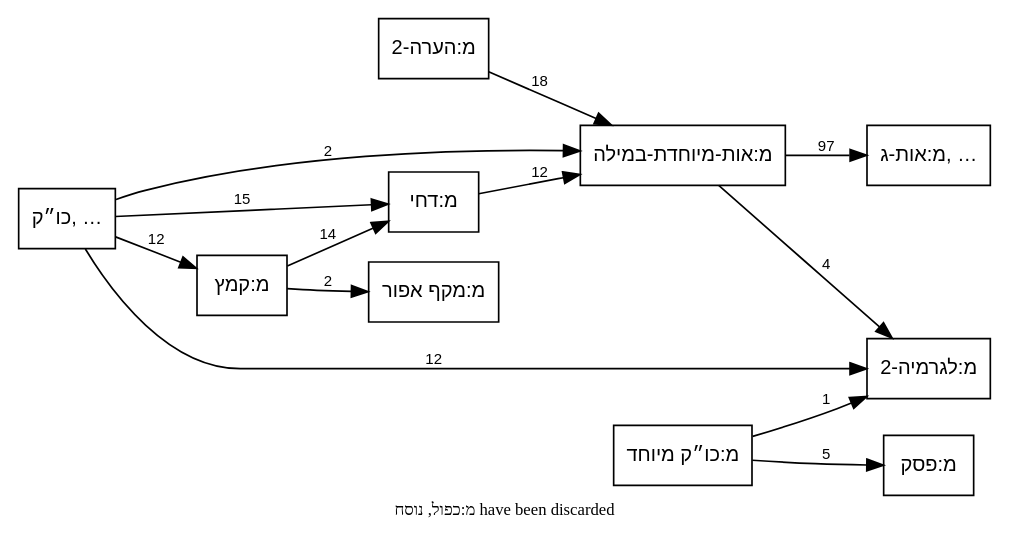
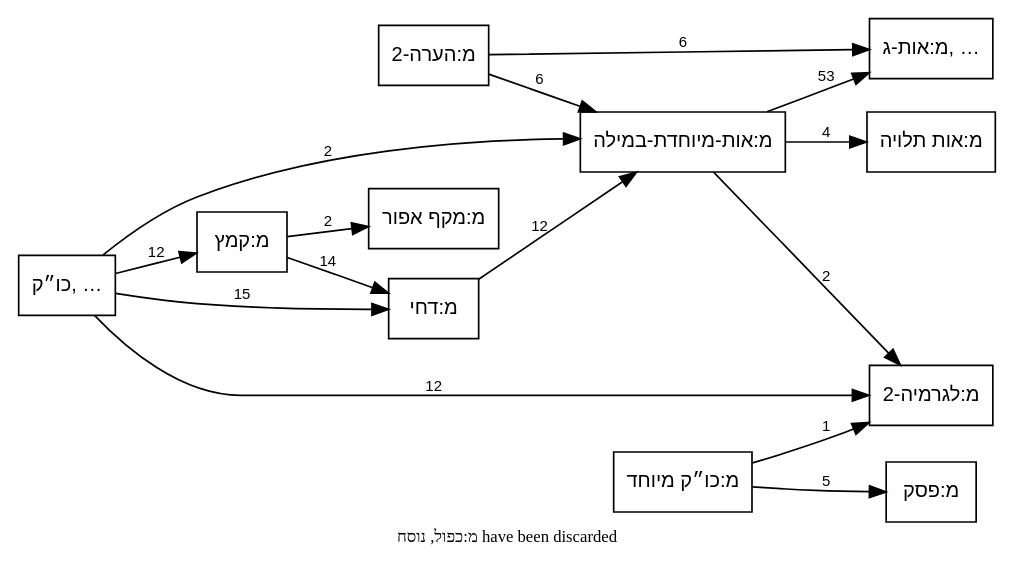
The diagram in out/tmpl-survey-plus/plus-call-graph-e.dot (bdenckla/MAM-basics), drawn with Graphviz before and after one commit. The commit also changed 76 other files, not shown here.

```diff
--- a/out/tmpl-survey-plus/plus-call-graph-e.dot
+++ b/out/tmpl-survey-plus/plus-call-graph-e.dot
@@ -1,34 +1,35 @@
 // This file was generated by MAM-basics/py/main_tmpl_survey.py.
 // Do not edit by hand.
 digraph template_call_graph {
     rankdir=LR;
     node [fontname="SBL Hebrew,Helvetica", fontsize=12];
     edge [fontname="Helvetica", fontsize=9];
     graph [comment="This file was generated by MAM-basics/py/main_tmpl_survey.py."];
 
     // Template nodes
     node [shape=box, style=""];
     "כו״ק, …" [tooltip="כו״ק
 מ:קו״כ-אם-2
 קו״כ"];
-    "מ:אות-ג, …" [tooltip="מ:אות תלויה
-מ:אות-ג
+    "מ:אות-ג, …" [tooltip="מ:אות-ג
 מ:אות-ק"];
 
     // Note
     graph [label="מ:כפול, נוסח have been discarded", labelloc=b, fontsize=10];
 
     // Edges
     "כו״ק, …" -> "מ:אות-מיוחדת-במילה" [label="2"];
     "כו״ק, …" -> "מ:דחי" [label="15"];
     "כו״ק, …" -> "מ:לגרמיה-2" [label="12"];
     "כו״ק, …" -> "מ:קמץ" [label="12"];
-    "מ:אות-מיוחדת-במילה" -> "מ:אות-ג, …" [label="97"];
-    "מ:אות-מיוחדת-במילה" -> "מ:לגרמיה-2" [label="4"];
+    "מ:אות-מיוחדת-במילה" -> "מ:אות תלויה" [label="4"];
+    "מ:אות-מיוחדת-במילה" -> "מ:אות-ג, …" [label="53"];
+    "מ:אות-מיוחדת-במילה" -> "מ:לגרמיה-2" [label="2"];
     "מ:דחי" -> "מ:אות-מיוחדת-במילה" [label="12"];
-    "מ:הערה-2" -> "מ:אות-מיוחדת-במילה" [label="18"];
+    "מ:הערה-2" -> "מ:אות-ג, …" [label="6"];
+    "מ:הערה-2" -> "מ:אות-מיוחדת-במילה" [label="6"];
     "מ:כו״ק מיוחד" -> "מ:לגרמיה-2" [label="1"];
     "מ:כו״ק מיוחד" -> "מ:פסק" [label="5"];
     "מ:קמץ" -> "מ:דחי" [label="14"];
     "מ:קמץ" -> "מ:מקף אפור" [label="2"];
 }
```
